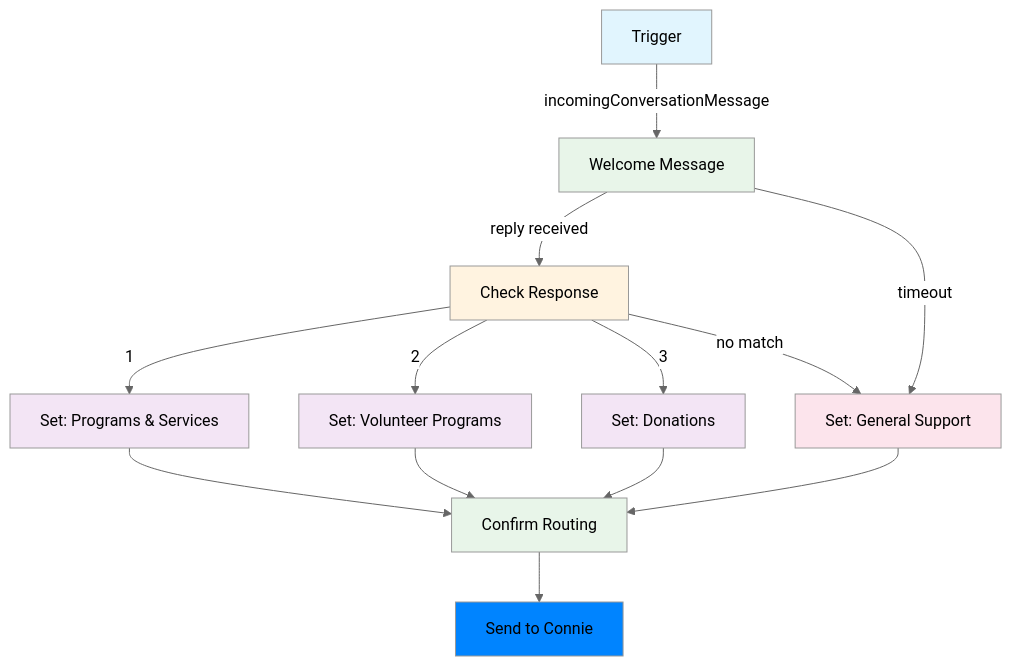
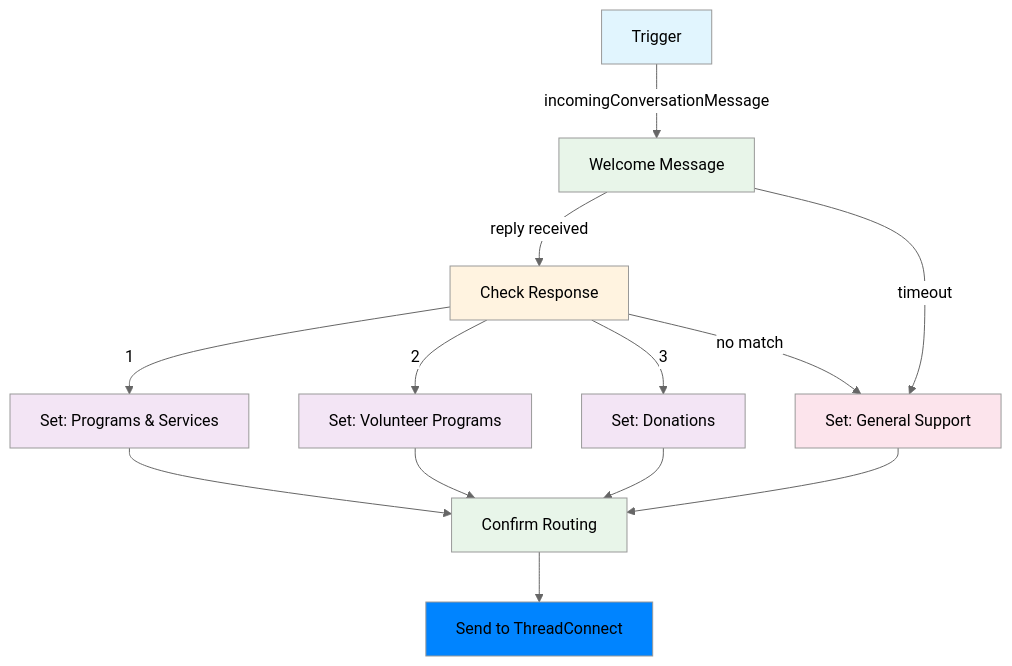
The second of 2 diagrams in docs/end-users/administrators/channels/social-media/facebook-messenger/index.md (ConnieML/docs.connie), drawn with Mermaid (neutral theme) before and after one commit. The commit also changed other lines of this file and 139 other files, not shown here.

First line of the commit message:
Rebrand body text: Connie -> ThreadConnect across docs (CEO order 2026-10-30)

````diff
--- a/docs/end-users/administrators/channels/social-media/facebook-messenger/index.md
+++ b/docs/end-users/administrators/channels/social-media/facebook-messenger/index.md
@@ -142,25 +142,25 @@
 ```mermaid
 flowchart TD
     T[Trigger] -->|incomingConversationMessage| WM[Welcome Message]
     WM -->|reply received| CR[Check Response]
     CR -->|"1"| SP[Set: Programs & Services]
     CR -->|"2"| SV[Set: Volunteer Programs]
     CR -->|"3"| SD[Set: Donations]
     CR -->|no match| SG[Set: General Support]
     WM -->|timeout| SG
     SP --> CONF[Confirm Routing]
     SV --> CONF
     SD --> CONF
     SG --> CONF
-    CONF --> FLEX[Send to Connie]
+    CONF --> FLEX[Send to ThreadConnect]
 
     style T fill:#e1f5fe
     style WM fill:#e8f5e9
     style CR fill:#fff3e0
     style SP fill:#f3e5f5
     style SV fill:#f3e5f5
     style SD fill:#f3e5f5
     style SG fill:#fce4ec
     style CONF fill:#e8f5e9
     style FLEX fill:#0084FF
 ```
````
